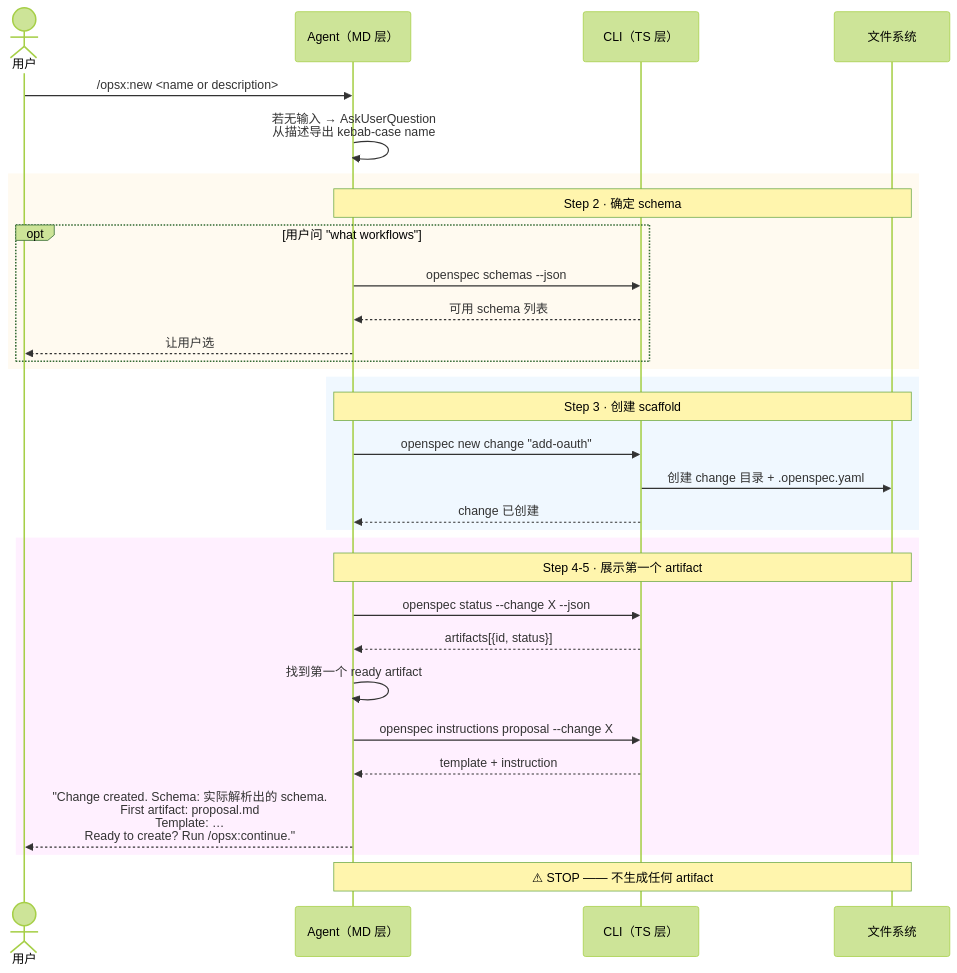
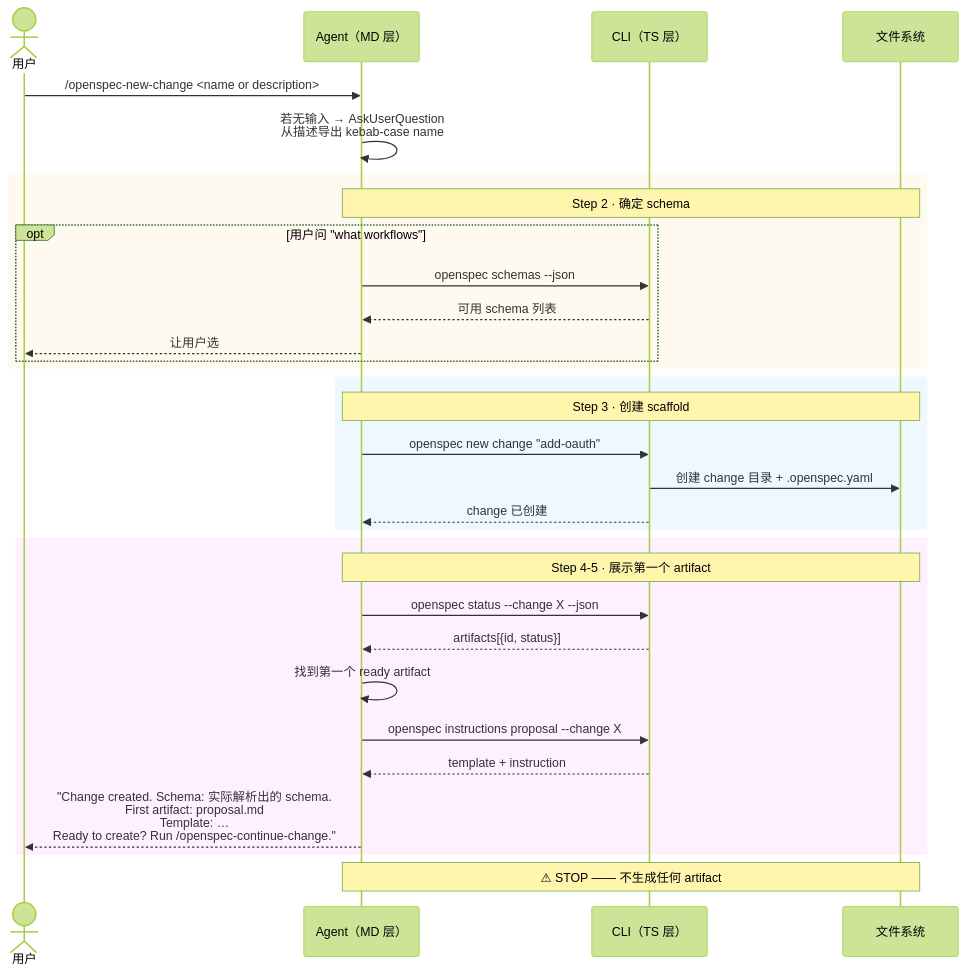
Before and after one commit to ethan-jiang-3/OpenSpec: the diagram in _digested/workflows/03-new.md, drawn with Mermaid (forest theme). The commit also changed other lines of this file and 63 other files, not shown here.

````diff
--- a/_digested/workflows/03-new.md
+++ b/_digested/workflows/03-new.md
@@ -39,38 +39,38 @@
 ```mermaid
 sequenceDiagram
     actor User as 用户
     participant MD as Agent（MD 层）
     participant TS as CLI（TS 层）
     participant FS as 文件系统
 
-    User->>MD: /opsx:new <name or description>
+    User->>MD: /openspec-new-change <name or description>
     MD->>MD: 若无输入 → AskUserQuestion<br/>从描述导出 kebab-case name
 
     rect rgb(255, 250, 240)
         Note over MD,FS: Step 2 · 确定 schema
         opt 用户问 "what workflows"
             MD->>TS: openspec schemas --json
             TS-->>MD: 可用 schema 列表
             MD-->>User: 让用户选
         end
     end
 
     rect rgb(240, 248, 255)
         Note over MD,FS: Step 3 · 创建 scaffold
         MD->>TS: openspec new change "add-oauth"
         TS->>FS: 创建 change 目录 + .openspec.yaml
         TS-->>MD: change 已创建
     end
 
     rect rgb(255, 240, 255)
         Note over MD,FS: Step 4-5 · 展示第一个 artifact
         MD->>TS: openspec status --change X --json
         TS-->>MD: artifacts[{id, status}]
         MD->>MD: 找到第一个 ready artifact
         MD->>TS: openspec instructions proposal --change X
         TS-->>MD: template + instruction
-        MD-->>User: "Change created. Schema: 实际解析出的 schema.<br/>First artifact: proposal.md<br/>Template: …<br/>Ready to create? Run /opsx:continue."
+        MD-->>User: "Change created. Schema: 实际解析出的 schema.<br/>First artifact: proposal.md<br/>Template: …<br/>Ready to create? Run /openspec-continue-change."
     end
 
     Note over MD,FS: ⚠ STOP —— 不生成任何 artifact
 ```
````
